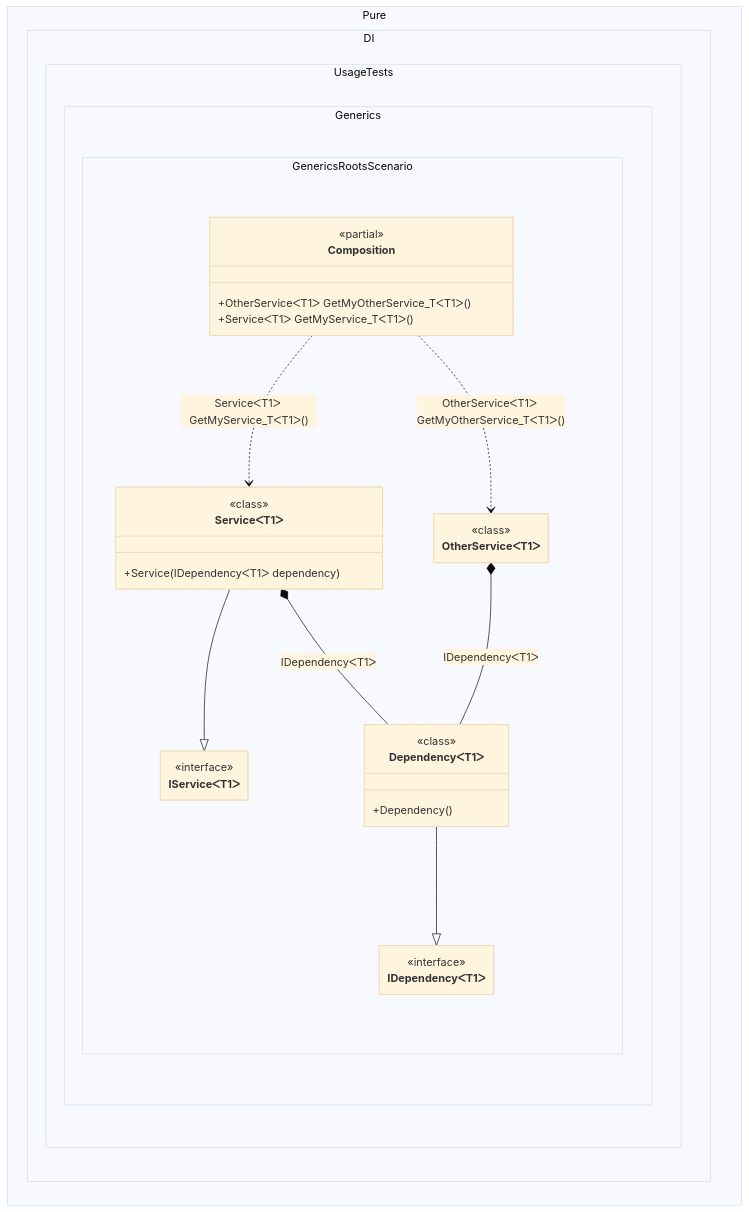
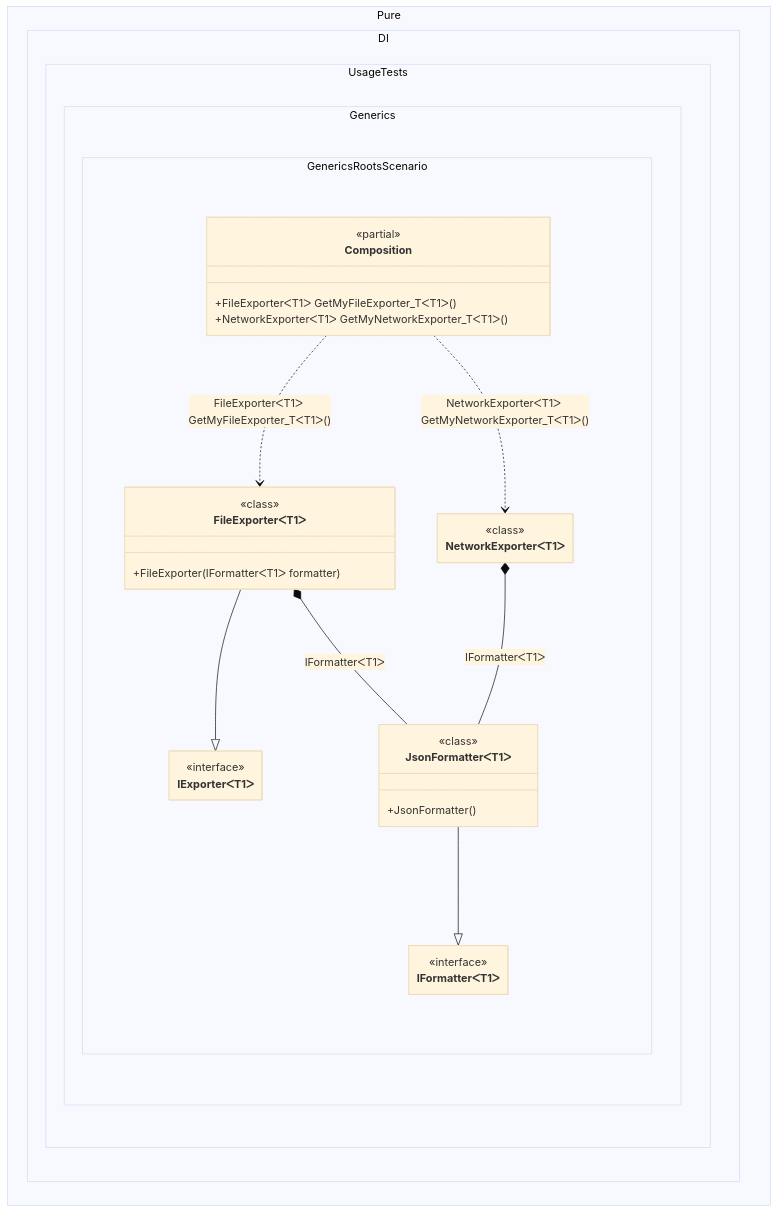
Before and after one commit to DevTeam/Pure.DI: the diagram in readme/generic-roots.md, drawn with Mermaid (base theme). The commit also changed other lines of this file and 126 other files, not shown here.

````diff
--- a/readme/generic-roots.md
+++ b/readme/generic-roots.md
@@ -101,40 +100,40 @@
 ```mermaid
 ---
  config:
   maxTextSize: 2147483647
   maxEdges: 2147483647
   class:
    hideEmptyMembersBox: true
 ---
 classDiagram
-	ServiceᐸT1ᐳ --|> IServiceᐸT1ᐳ
-	DependencyᐸT1ᐳ --|> IDependencyᐸT1ᐳ
-	Composition ..> OtherServiceᐸT1ᐳ : OtherServiceᐸT1ᐳ GetMyOtherService_TᐸT1ᐳ()
-	Composition ..> ServiceᐸT1ᐳ : ServiceᐸT1ᐳ GetMyService_TᐸT1ᐳ()
-	OtherServiceᐸT1ᐳ *--  DependencyᐸT1ᐳ : IDependencyᐸT1ᐳ
-	ServiceᐸT1ᐳ *--  DependencyᐸT1ᐳ : IDependencyᐸT1ᐳ
+	FileExporterᐸT1ᐳ --|> IExporterᐸT1ᐳ
+	JsonFormatterᐸT1ᐳ --|> IFormatterᐸT1ᐳ
+	Composition ..> NetworkExporterᐸT1ᐳ : NetworkExporterᐸT1ᐳ GetMyNetworkExporter_TᐸT1ᐳ()
+	Composition ..> FileExporterᐸT1ᐳ : FileExporterᐸT1ᐳ GetMyFileExporter_TᐸT1ᐳ()
+	NetworkExporterᐸT1ᐳ *--  JsonFormatterᐸT1ᐳ : IFormatterᐸT1ᐳ
+	FileExporterᐸT1ᐳ *--  JsonFormatterᐸT1ᐳ : IFormatterᐸT1ᐳ
 	namespace Pure.DI.UsageTests.Generics.GenericsRootsScenario {
 		class Composition {
 		<<partial>>
-		+OtherServiceᐸT1ᐳ GetMyOtherService_TᐸT1ᐳ()
-		+ServiceᐸT1ᐳ GetMyService_TᐸT1ᐳ()
+		+FileExporterᐸT1ᐳ GetMyFileExporter_TᐸT1ᐳ()
+		+NetworkExporterᐸT1ᐳ GetMyNetworkExporter_TᐸT1ᐳ()
 		}
-		class DependencyᐸT1ᐳ {
+		class FileExporterᐸT1ᐳ {
 				<<class>>
-			+Dependency()
+			+FileExporter(IFormatterᐸT1ᐳ formatter)
 		}
-		class IDependencyᐸT1ᐳ {
+		class IExporterᐸT1ᐳ {
 			<<interface>>
 		}
-		class IServiceᐸT1ᐳ {
+		class IFormatterᐸT1ᐳ {
 			<<interface>>
 		}
-		class OtherServiceᐸT1ᐳ {
+		class JsonFormatterᐸT1ᐳ {
 				<<class>>
+			+JsonFormatter()
 		}
-		class ServiceᐸT1ᐳ {
+		class NetworkExporterᐸT1ᐳ {
 				<<class>>
-			+Service(IDependencyᐸT1ᐳ dependency)
 		}
 	}
 ```
````
